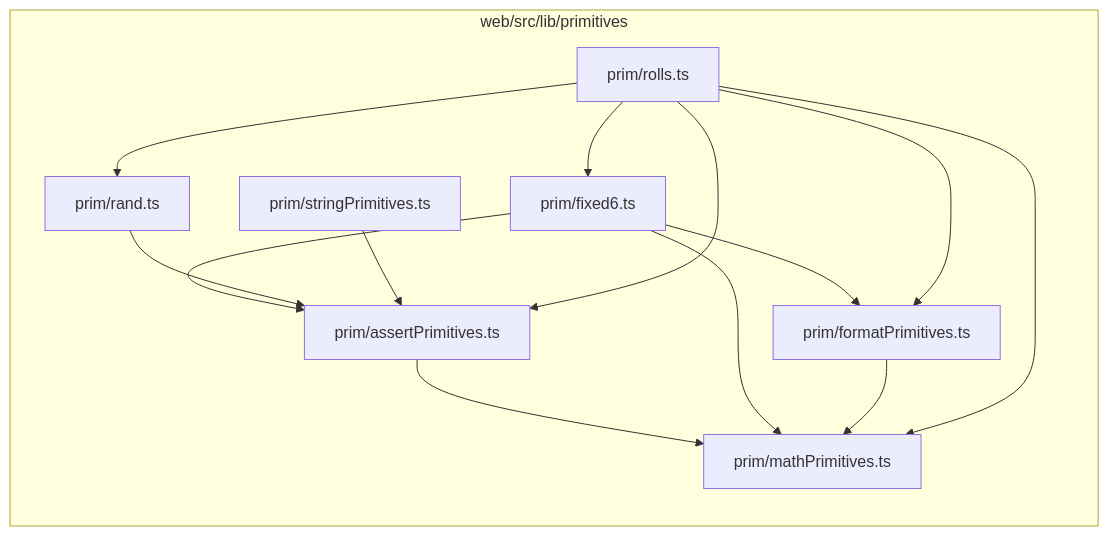
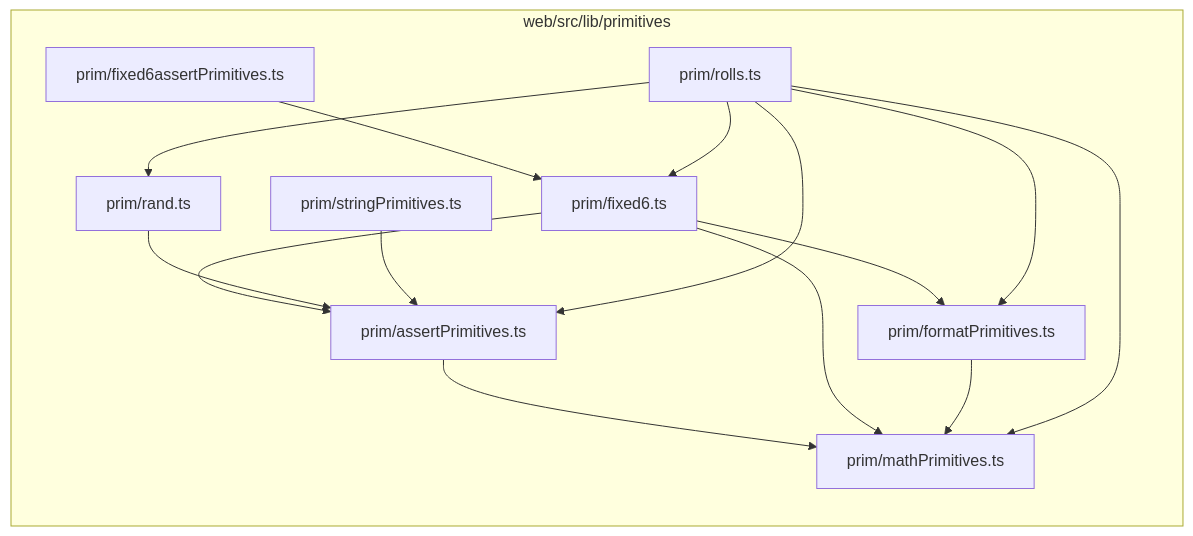
Before and after one commit to konrad-jamrozik/game-ts: the third of 3 diagrams in docs/design/about_code_dependencies.md, drawn with Mermaid.

Commit message:
Add fixed6assertPrimitives.ts to primitives dependency diagram
Include fixed6assertPrimitives.ts in the dependency graph showing its dependency on fixed6.ts

````diff
--- a/docs/design/about_code_dependencies.md
+++ b/docs/design/about_code_dependencies.md
@@ -157,25 +157,27 @@
 ```mermaid
 graph LR
     subgraph "web/src/lib/primitives"
         MathPrim[prim/mathPrimitives.ts]
         AssertPrim[prim/assertPrimitives.ts]
         Fixed6Prim[prim/fixed6.ts]
+        Fixed6AssertPrim[prim/fixed6assertPrimitives.ts]
         FormatPrim[prim/formatPrimitives.ts]
         RandPrim[prim/rand.ts]
         StringPrim[prim/stringPrimitives.ts]
         RollsPrim[prim/rolls.ts]
     end
 
     AssertPrim --> MathPrim
     Fixed6Prim --> AssertPrim
     Fixed6Prim --> MathPrim
     Fixed6Prim --> FormatPrim
+    Fixed6AssertPrim --> Fixed6Prim
     FormatPrim --> MathPrim
     RandPrim --> AssertPrim
     StringPrim --> AssertPrim
     RollsPrim --> AssertPrim
     RollsPrim --> Fixed6Prim
     RollsPrim --> FormatPrim
     RollsPrim --> MathPrim
     RollsPrim --> RandPrim
 ```
````
